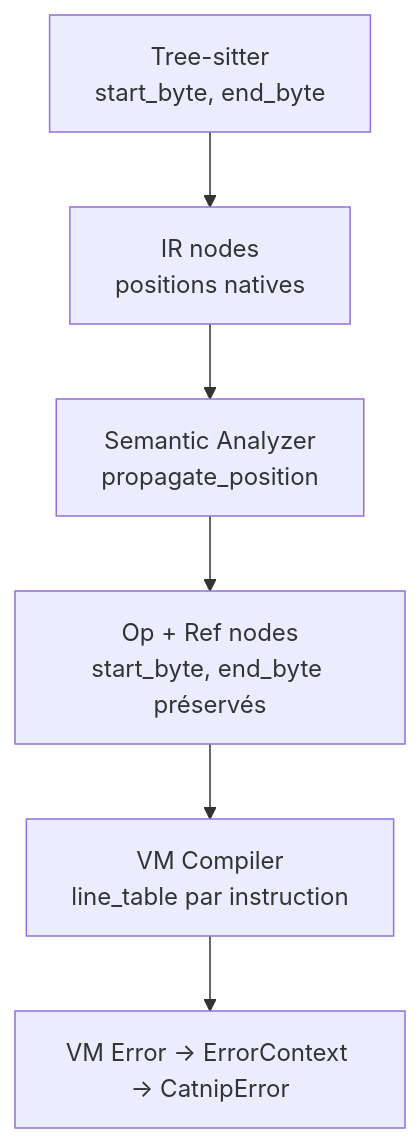
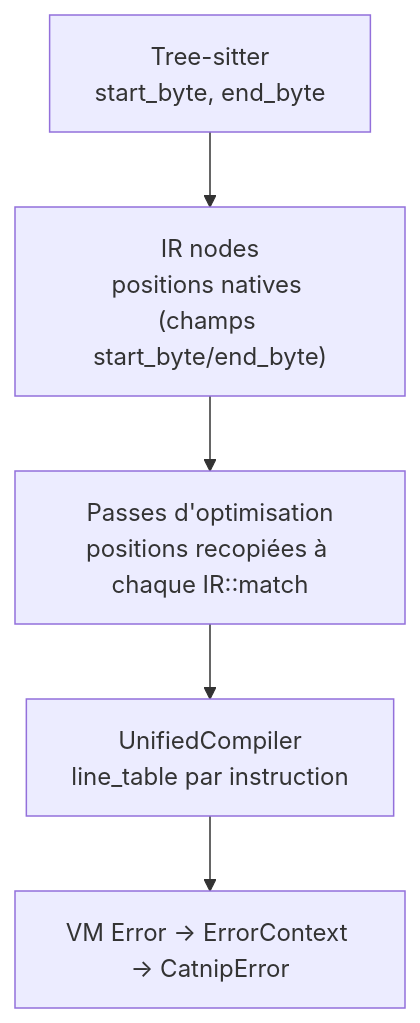
Before and after one commit to aristofor/catnip: the third of 4 diagrams in docs/dev/ARCHITECTURE.md, drawn with Mermaid. The commit also changed other lines of this file and 406 other files, not shown here.

````diff
--- a/docs/dev/ARCHITECTURE.md
+++ b/docs/dev/ARCHITECTURE.md
@@ -273,9 +369,8 @@
 ```mermaid
 flowchart TD
     TS["Tree-sitter<br/>start_byte, end_byte"]
-    TS --> IRN["IR nodes<br/>positions natives"]
-    IRN --> SA["Semantic Analyzer<br/>propagate_position"]
-    SA --> OP["Op + Ref nodes<br/>start_byte, end_byte préservés"]
-    OP --> VMC["VM Compiler<br/>line_table par instruction"]
+    TS --> IRN["IR nodes<br/>positions natives (champs start_byte/end_byte)"]
+    IRN --> OPT["Passes d'optimisation<br/>positions recopiées à chaque IR::match"]
+    OPT --> VMC["UnifiedCompiler<br/>line_table par instruction"]
     VMC --> ERR["VM Error → ErrorContext → CatnipError"]
 ```
````
